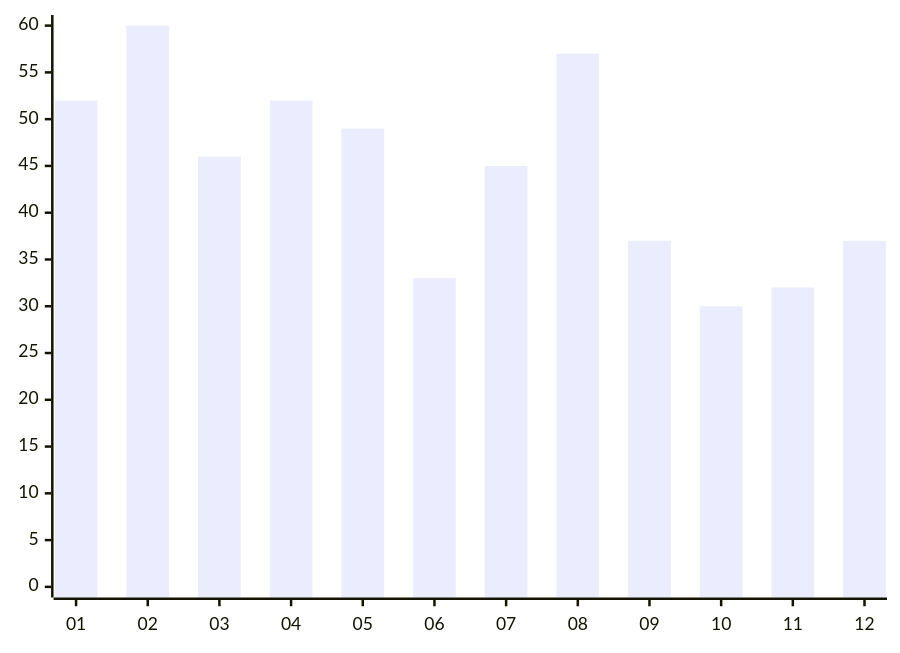
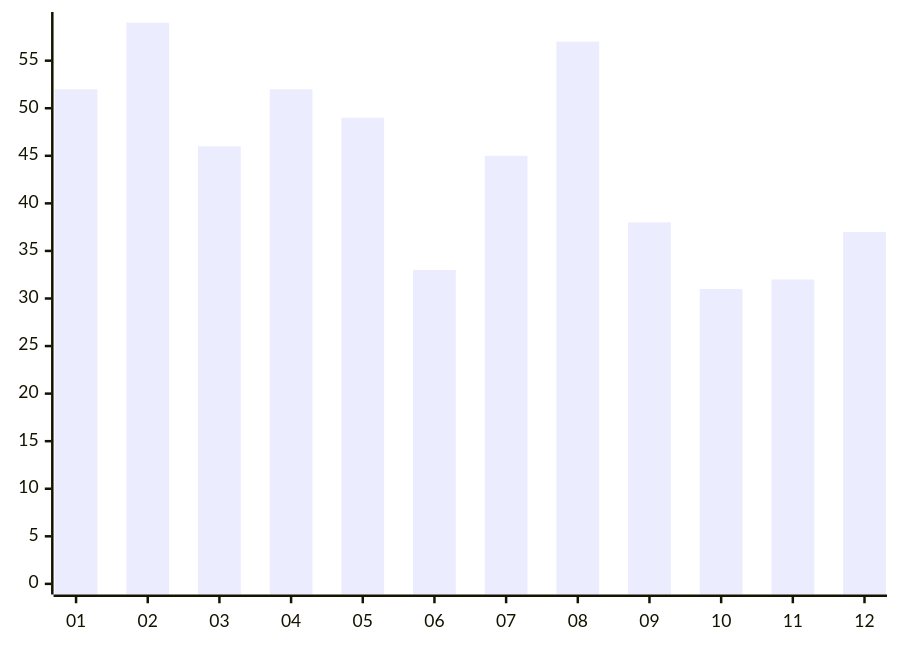
Before and after one commit to austrellum/navigator: the third of 4 diagrams in index.stats.md, drawn with Mermaid. The commit also changed other lines of this file and 8 other files, not shown here.

````diff
--- a/index.stats.md
+++ b/index.stats.md
@@ -29,6 +29,6 @@
 ```mermaid
 xychart-beta
   x-axis ["01","02","03","04","05","06","07","08","09","10","11","12"]
-  y-axis 0 --> 60
-  bar [52,60,46,52,49,33,45,57,37,30,32,37]
+  y-axis 0 --> 59
+  bar [52,59,46,52,49,33,45,57,38,31,32,37]
 ```
````
